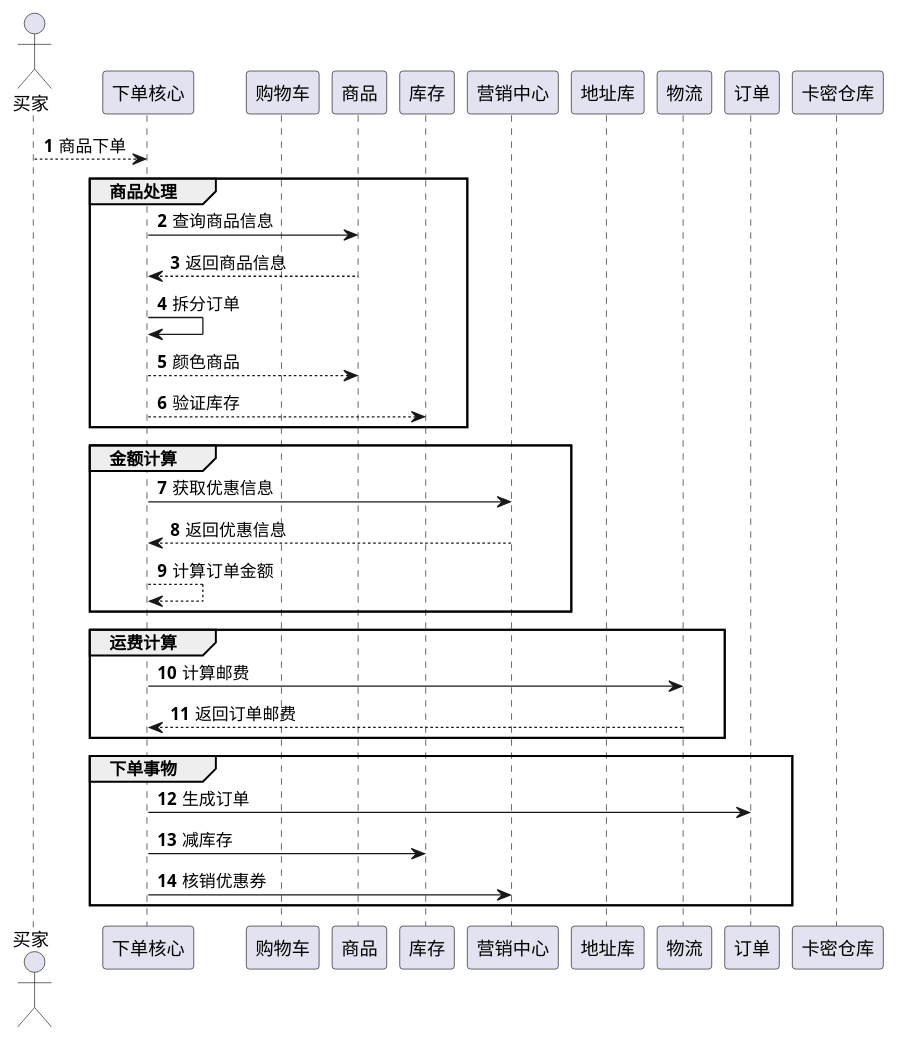
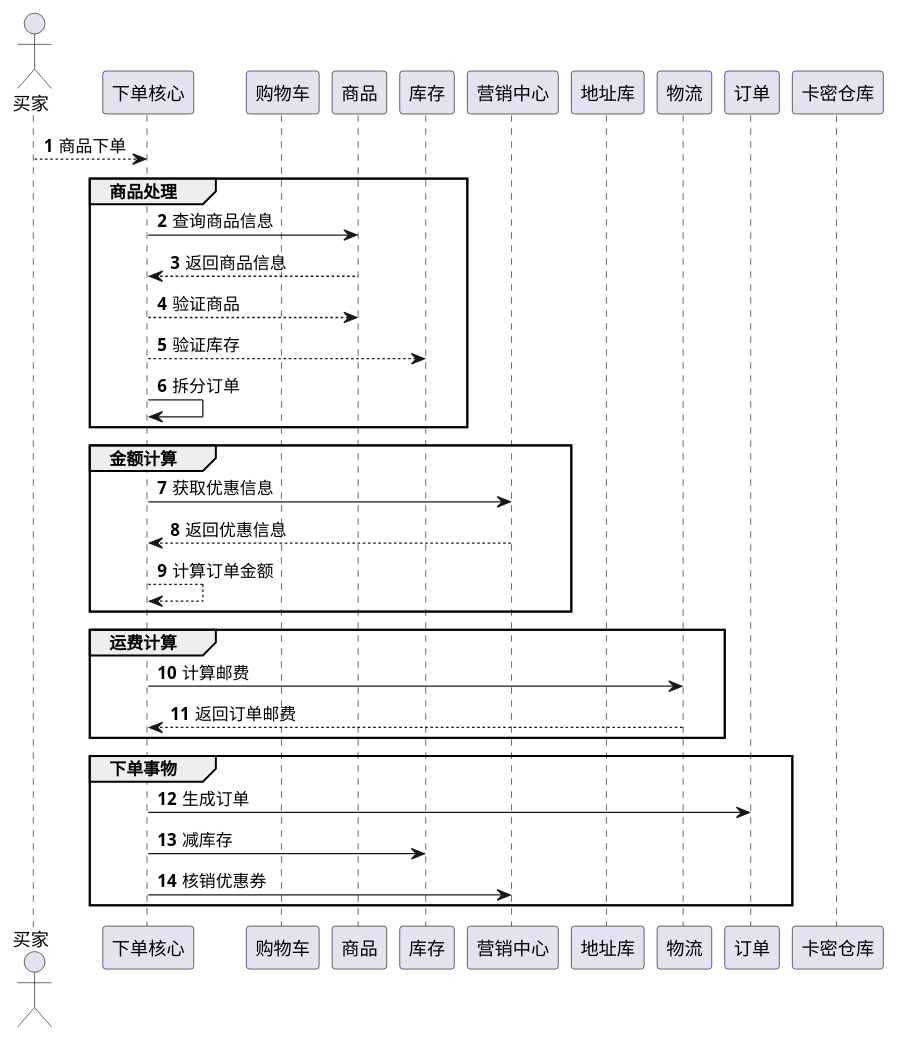
One commit to red-jasmine/docs changed the diagram in docs/shopping/核心流程.puml. Above: the diagram before and after it, drawn with PlantUML.

Commit message:
test(商品下单):

```diff
--- a/docs/shopping/核心流程.puml
+++ b/docs/shopping/核心流程.puml
@@ -1,85 +1,84 @@
 @startuml
 'https://plantuml.com/sequence-diagram
 
 autonumber
 
 actor 买家
 
 participant 下单核心
 
 participant 购物车
 
 participant 商品
 
 participant 库存
 
 participant 营销中心
 
 participant 地址库
 
 participant 物流
 
 participant 订单
 
 participant 卡密仓库
 
 
 
 
 
 
 
 
 买家 --> 下单核心: 商品下单
 
 group 商品处理
 下单核心 -> 商品: 查询商品信息
 商品 --> 下单核心: 返回商品信息
+
+下单核心 --> 商品: 验证商品
+下单核心 --> 库存: 验证库存
+
 下单核心 -> 下单核心: 拆分订单
-
-下单核心 --> 商品: 颜色商品
-下单核心 --> 库存: 验证库存
 
 end
 
 
 group 金额计算
-
-
 
 
 下单核心 -> 营销中心: 获取优惠信息
 
 营销中心 --> 下单核心: 返回优惠信息
 
 下单核心 --> 下单核心: 计算订单金额
 end
 
 group 运费计算
 
 下单核心 -> 物流 : 计算邮费
 
 物流 --> 下单核心: 返回订单邮费
 end
 
 
 
 group 下单事物
 下单核心-> 订单: 生成订单
 
 下单核心-> 库存: 减库存
 
 下单核心-> 营销中心: 核销优惠券
 end
 
 
 
 
 
 
 
 
 
 
 
 @enduml
```
